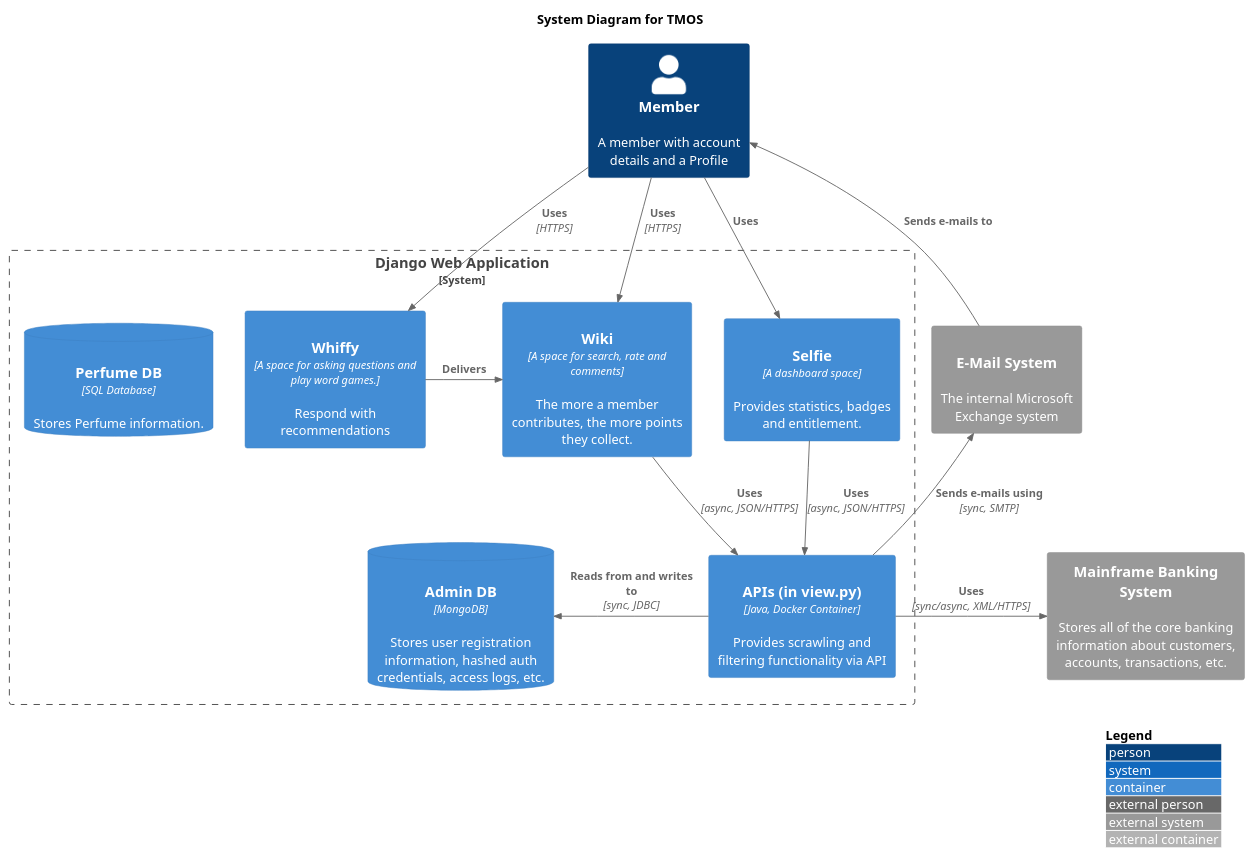
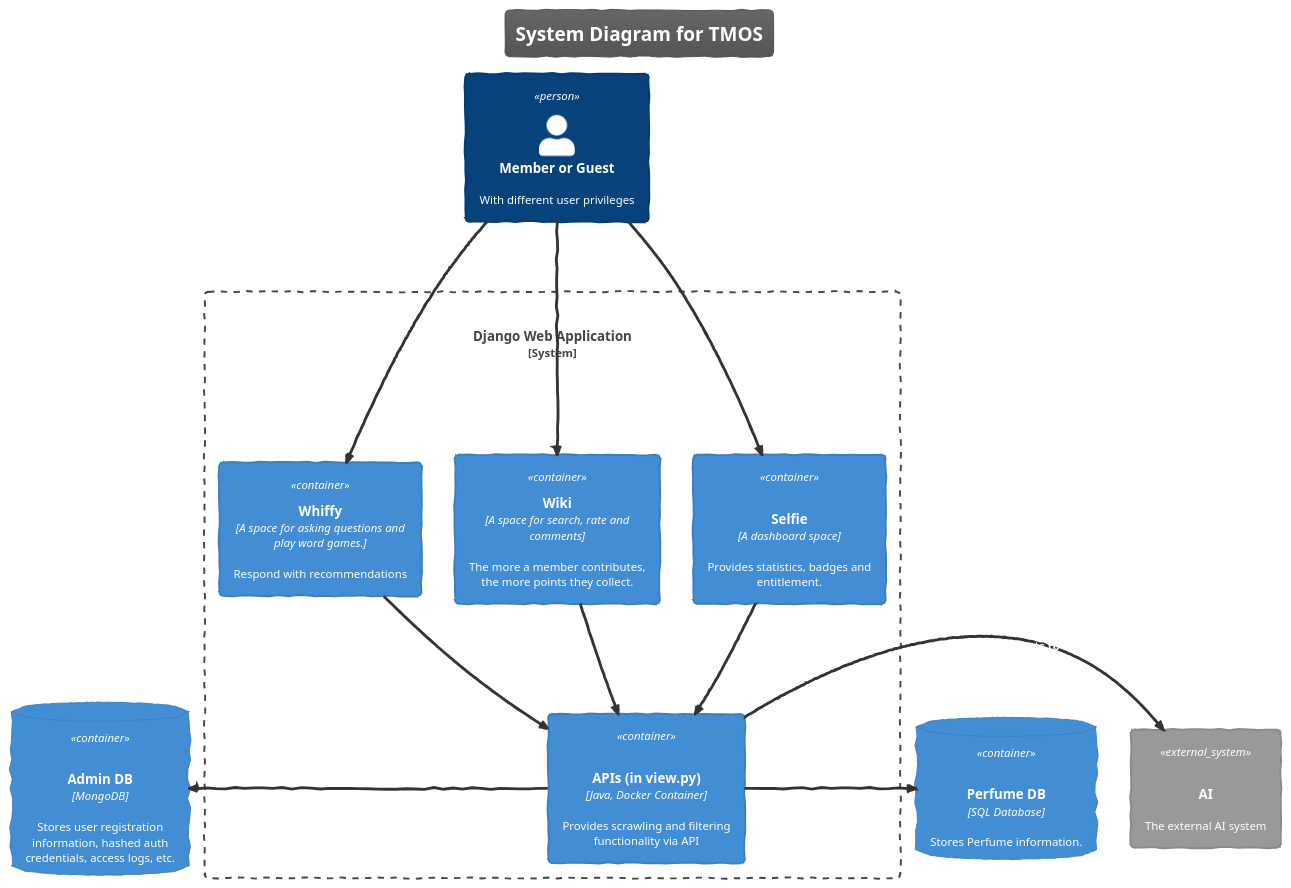
Before and after one commit to pmwong008/PlantUML_boot: the diagram in docs/architecture/tmos_system.puml, drawn with PlantUML. The commit also changed 1 other file, not shown here.

Commit message:
System diagram added.

```diff
--- a/docs/architecture/tmos_system.puml
+++ b/docs/architecture/tmos_system.puml
@@ -1,38 +1,42 @@
 @startuml
 ' uncomment the following line and comment the first to use locally
 !include ./C4-PlantUML/C4_Container.puml
-
+!theme sketchy
 
 ' LAYOUT_TOP_DOWN()
 ' LAYOUT_AS_SKETCH()
-LAYOUT_WITH_LEGEND()
+' LAYOUT_WITH_LEGEND()
 
 title System Diagram for TMOS
 
-Person(customer, Member, "A member with account details and a Profile")
+Person(member, Member or Guest, "With different user privileges")
 
 System_Boundary(c1, "Django Web Application") {
-    Container(whiffy, "Whiffy", "A space for asking questions and play word games.", "Respond with recommendations", "java")
-    Container(wiki, "Wiki", "A space for search, rate and comments", "The more a member contributes, the more points they collect.", "angular")
+    Container(whiffy, "Whiffy", "A space for asking questions and play word games.", "Respond with recommendations")
+    Container(wiki, "Wiki", "A space for search, rate and comments", "The more a member contributes, the more points they collect.")
     Container(selfie, "Selfie", "A dashboard space", "Provides statistics, badges and entitlement.", "dotnet")
-    ContainerDb(db_mongo, "Admin DB", "MongoDB", "Stores user registration information, hashed auth credentials, access logs, etc.", "mongo_server")
-    ContainerDb(db_sql, "Perfume DB", "SQL Database", "Stores Perfume information.", "mysql_server")
+
     Container(backend_api, "APIs (in view.py)", "Java, Docker Container", "Provides scrawling and filtering functionality via API", "server")
 }
 
-System_Ext(email_system, "E-Mail System", "The internal Microsoft Exchange system", "envelope")
-System_Ext(banking_system, "Mainframe Banking System", "Stores all of the core banking information about customers, accounts, transactions, etc.")
+ContainerDb(db_mongo, "Admin DB", "MongoDB", "Stores user registration information, hashed auth credentials, access logs, etc.", "mongo_server")
+ContainerDb(db_sql, "Perfume DB", "SQL Database", "Stores Perfume information.", "mysql_server")
 
-Rel(customer, whiffy, "Uses", "HTTPS")
-Rel(customer, wiki, "Uses", "HTTPS")
-Rel(customer, selfie, "Uses")
+System_Ext(External_AI, "AI", "The external AI system", "envelope")
 
-Rel_Neighbor(whiffy, wiki, "Delivers")
+Rel(member, whiffy, "Uses")
+Rel(member, wiki, "Uses")
+Rel(member, selfie, "Uses")
+
+' Rel_Neighbor(whiffy, wiki, "Delivers")
 Rel(wiki, backend_api, "Uses", "async, JSON/HTTPS")
+Rel(whiffy, backend_api, "Uses", "async, JSON/HTTPS")
 Rel(selfie, backend_api, "Uses", "async, JSON/HTTPS")
+
 Rel_Back_Neighbor(db_mongo, backend_api, "Reads from and writes to", "sync, JDBC")
+Rel_Back_Neighbor(db_sql, backend_api, "Reads from and writes to", "sync, JDBC")
 
-Rel_Back(customer, email_system, "Sends e-mails to")
-Rel_Back(email_system, backend_api, "Sends e-mails using", "sync, SMTP")
-Rel_Neighbor(backend_api, banking_system, "Uses", "sync/async, XML/HTTPS")
+'Rel_Back(member, External_AI, "Sends e-mails to")
+Rel_Neighbor(backend_api, External_AI,  "Sends requests to", "sync, SMTP")
+' Rel_Back(External_AI, backend_api, "Sends e-mails using", "sync, SMTP")
 @enduml
```
